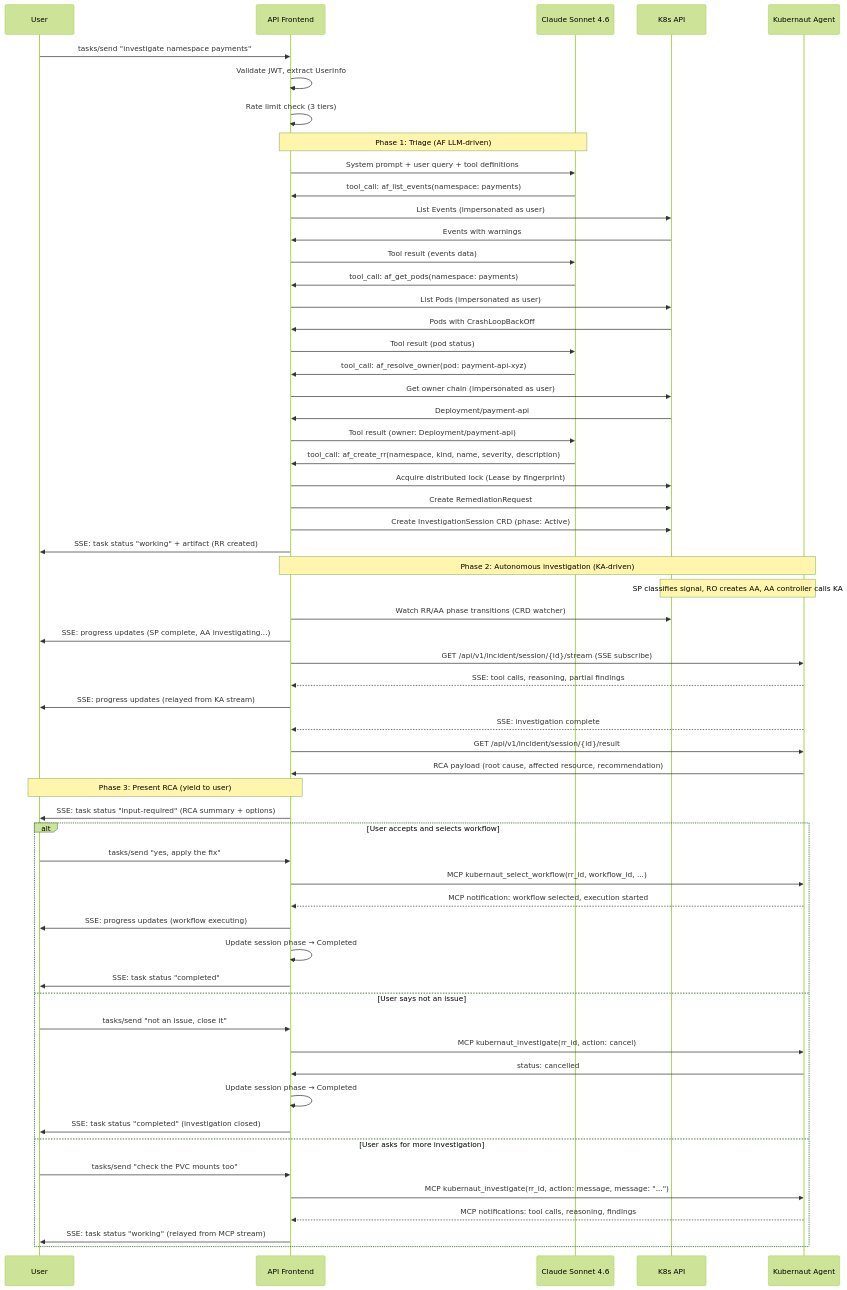
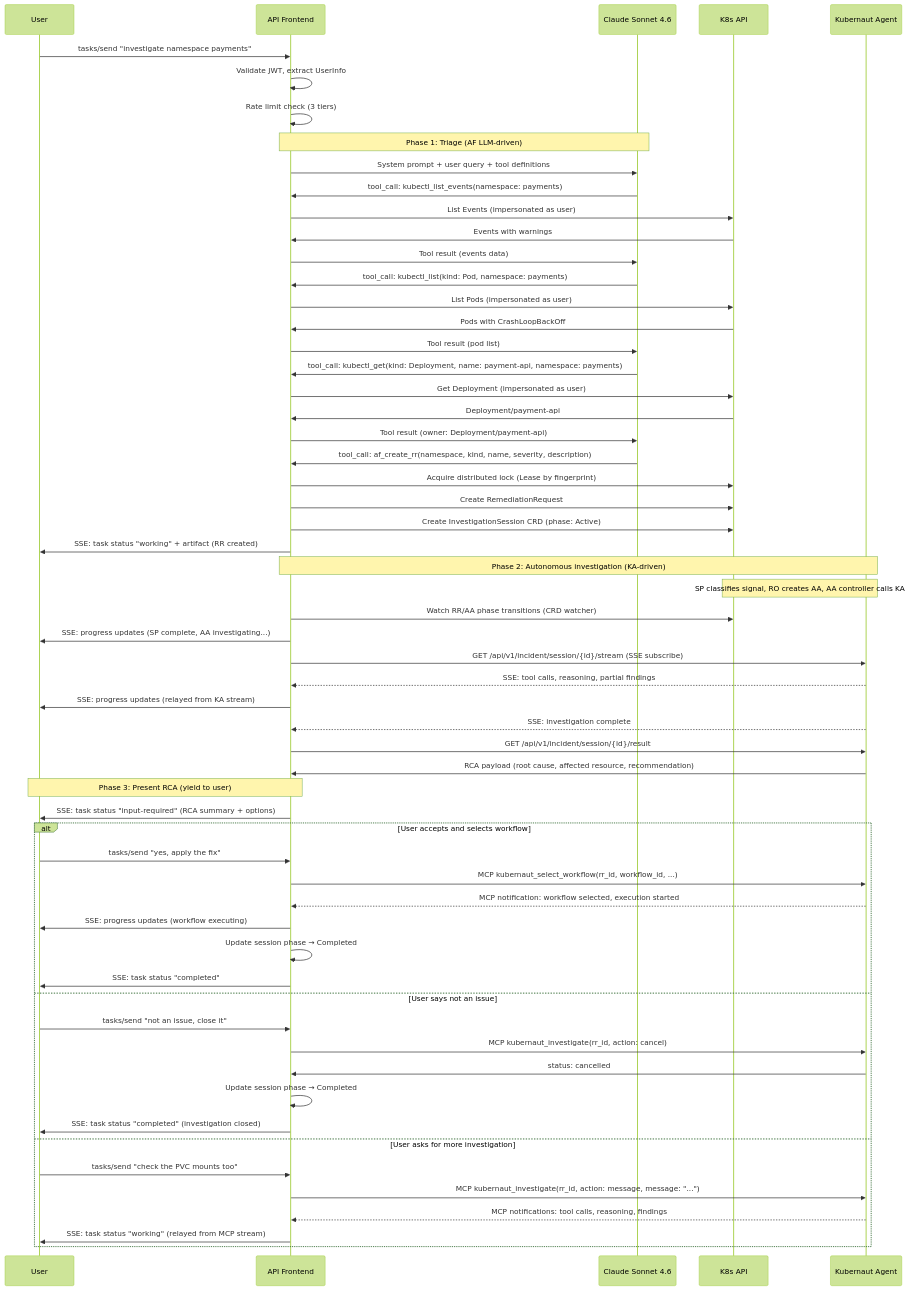
Before and after one commit to jordigilh/kubernaut: the third of 7 diagrams in docs/services/apifrontend/design/ARCHITECTURE.md, drawn with Mermaid (forest theme). The commit also changed other lines of this file and 1 other file, not shown here.

First line of the commit message:
docs(design): update ARCHITECTURE and TOOL_EXECUTION_MODEL for kubectl_* tools (#1230)

````diff
--- a/docs/services/apifrontend/design/ARCHITECTURE.md
+++ b/docs/services/apifrontend/design/ARCHITECTURE.md
@@ -295,66 +294,66 @@
 ```mermaid
 sequenceDiagram
     participant User
     participant AF as API Frontend
     participant LLM as Claude Sonnet 4.6
     participant K8s as K8s API
     participant KA as Kubernaut Agent
 
     User->>AF: tasks/send "investigate namespace payments"
     AF->>AF: Validate JWT, extract UserInfo
     AF->>AF: Rate limit check (3 tiers)
 
     Note over AF,LLM: Phase 1: Triage (AF LLM-driven)
     AF->>LLM: System prompt + user query + tool definitions
-    LLM->>AF: tool_call: af_list_events(namespace: payments)
+    LLM->>AF: tool_call: kubectl_list_events(namespace: payments)
     AF->>K8s: List Events (impersonated as user)
     K8s->>AF: Events with warnings
     AF->>LLM: Tool result (events data)
-    LLM->>AF: tool_call: af_get_pods(namespace: payments)
+    LLM->>AF: tool_call: kubectl_list(kind: Pod, namespace: payments)
     AF->>K8s: List Pods (impersonated as user)
     K8s->>AF: Pods with CrashLoopBackOff
-    AF->>LLM: Tool result (pod status)
-    LLM->>AF: tool_call: af_resolve_owner(pod: payment-api-xyz)
-    AF->>K8s: Get owner chain (impersonated as user)
+    AF->>LLM: Tool result (pod list)
+    LLM->>AF: tool_call: kubectl_get(kind: Deployment, name: payment-api, namespace: payments)
+    AF->>K8s: Get Deployment (impersonated as user)
     K8s->>AF: Deployment/payment-api
     AF->>LLM: Tool result (owner: Deployment/payment-api)
     LLM->>AF: tool_call: af_create_rr(namespace, kind, name, severity, description)
     AF->>K8s: Acquire distributed lock (Lease by fingerprint)
     AF->>K8s: Create RemediationRequest
     AF->>K8s: Create InvestigationSession CRD (phase: Active)
     AF->>User: SSE: task status "working" + artifact (RR created)
 
     Note over AF,KA: Phase 2: Autonomous investigation (KA-driven)
     Note over K8s,KA: SP classifies signal, RO creates AA, AA controller calls KA
     AF->>K8s: Watch RR/AA phase transitions (CRD watcher)
     AF->>User: SSE: progress updates (SP complete, AA investigating...)
     AF->>KA: GET /api/v1/incident/session/{id}/stream (SSE subscribe)
     KA-->>AF: SSE: tool calls, reasoning, partial findings
     AF->>User: SSE: progress updates (relayed from KA stream)
     KA-->>AF: SSE: investigation complete
     AF->>KA: GET /api/v1/incident/session/{id}/result
     KA->>AF: RCA payload (root cause, affected resource, recommendation)
 
     Note over AF,User: Phase 3: Present RCA (yield to user)
     AF->>User: SSE: task status "input-required" (RCA summary + options)
 
     alt User accepts and selects workflow
         User->>AF: tasks/send "yes, apply the fix"
         AF->>KA: MCP kubernaut_select_workflow(rr_id, workflow_id, ...)
         KA-->>AF: MCP notification: workflow selected, execution started
         AF->>User: SSE: progress updates (workflow executing)
         AF->>AF: Update session phase → Completed
         AF->>User: SSE: task status "completed"
     else User says not an issue
         User->>AF: tasks/send "not an issue, close it"
         AF->>KA: MCP kubernaut_investigate(rr_id, action: cancel)
         KA->>AF: status: cancelled
         AF->>AF: Update session phase → Completed
         AF->>User: SSE: task status "completed" (investigation closed)
     else User asks for more investigation
         User->>AF: tasks/send "check the PVC mounts too"
         AF->>KA: MCP kubernaut_investigate(rr_id, action: message, message: "...")
         KA-->>AF: MCP notifications: tool calls, reasoning, findings
         AF->>User: SSE: task status "working" (relayed from MCP stream)
     end
 ```
````
